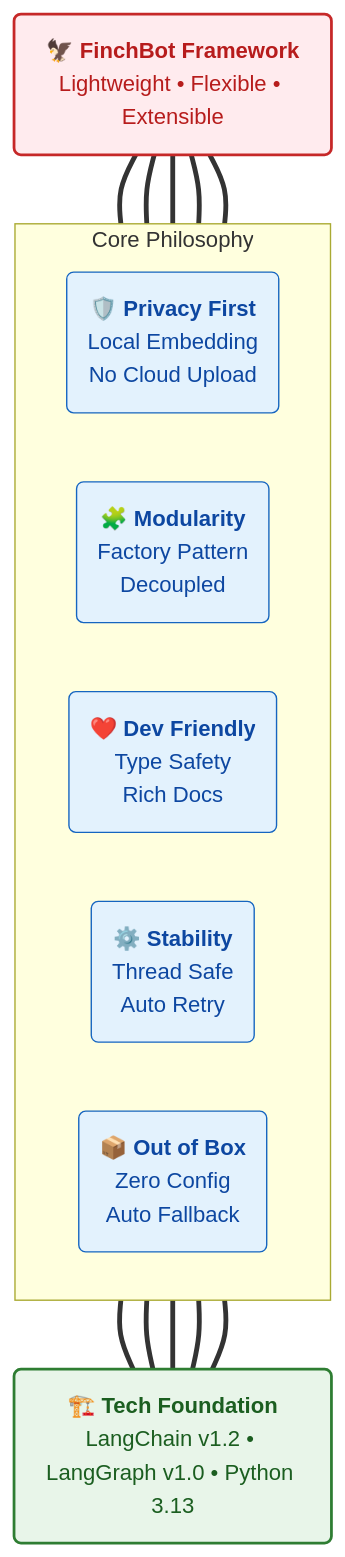
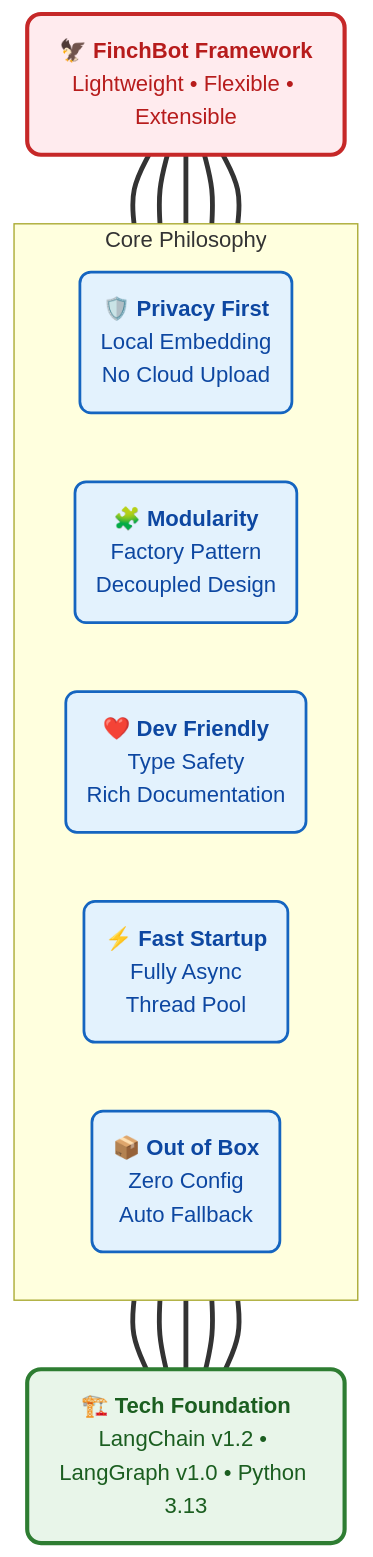
Before and after one commit to xt765/FinchBot: the first of 8 diagrams in README.md, drawn with Mermaid. The commit also changed other lines of this file and 17 other files, not shown here.

First line of the commit message:
docs: 全面更新所有文档，美化 Mermaid 图表

````diff
--- a/README.md
+++ b/README.md
@@ -50,27 +66,27 @@
 ```mermaid
 graph BT
     %% Styles
-    classDef roof fill:#ffebee,stroke:#c62828,stroke-width:2px,color:#b71c1c;
-    classDef pillar fill:#e3f2fd,stroke:#1565c0,stroke-width:1px,color:#0d47a1;
-    classDef base fill:#e8f5e9,stroke:#2e7d32,stroke-width:2px,color:#1b5e20;
+    classDef roof fill:#ffebee,stroke:#c62828,stroke-width:3px,color:#b71c1c,rx:10,ry:10;
+    classDef pillar fill:#e3f2fd,stroke:#1565c0,stroke-width:2px,color:#0d47a1,rx:8,ry:8;
+    classDef base fill:#e8f5e9,stroke:#2e7d32,stroke-width:3px,color:#1b5e20,rx:10,ry:10;
 
     %% Roof
     Roof("🦅 <b>FinchBot Framework</b><br/>Lightweight • Flexible • Extensible"):::roof
 
     %% Pillars
     subgraph Pillars [Core Philosophy]
         direction LR
         P("🛡️ <b>Privacy First</b><br/>Local Embedding<br/>No Cloud Upload"):::pillar
-        M("🧩 <b>Modularity</b><br/>Factory Pattern<br/>Decoupled"):::pillar
-        D("❤️ <b>Dev Friendly</b><br/>Type Safety<br/>Rich Docs"):::pillar
-        S("⚙️ <b>Stability</b><br/>Thread Safe<br/>Auto Retry"):::pillar
+        M("🧩 <b>Modularity</b><br/>Factory Pattern<br/>Decoupled Design"):::pillar
+        D("❤️ <b>Dev Friendly</b><br/>Type Safety<br/>Rich Documentation"):::pillar
+        S("⚡ <b>Fast Startup</b><br/>Fully Async<br/>Thread Pool"):::pillar
         O("📦 <b>Out of Box</b><br/>Zero Config<br/>Auto Fallback"):::pillar
     end
 
     %% Foundation
     Base("🏗️ <b>Tech Foundation</b><br/>LangChain v1.2 • LangGraph v1.0 • Python 3.13"):::base
 
     %% Connections
     Base === P & M & D & S & O
     P & M & D & S & O === Roof
 ```
````
